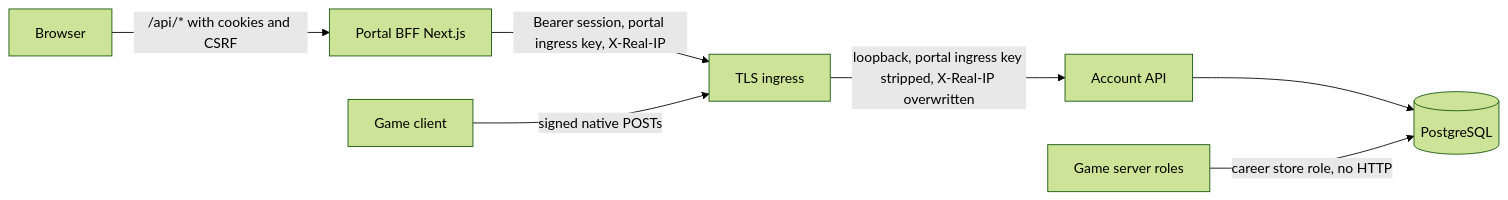
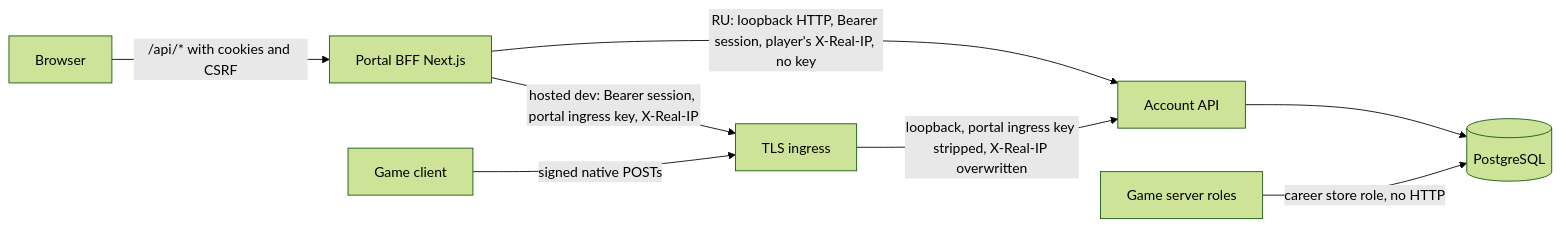
Before and after one commit to o-moba/omoba-bevy: the third of 3 diagrams in docs/architecture/protocols.md, drawn with Mermaid (forest theme). The commit also changed other lines of this file and 16 other files, not shown here.

````diff
--- a/docs/architecture/protocols.md
+++ b/docs/architecture/protocols.md
@@ -335,9 +335,10 @@
 ```mermaid
 flowchart LR
     B[Browser] -->|"/api/* with cookies and CSRF"| P[Portal BFF Next.js]
-    P -->|"Bearer session, portal ingress key, X-Real-IP"| I[TLS ingress]
+    P -->|"hosted dev: Bearer session, portal ingress key, X-Real-IP"| I[TLS ingress]
+    P -->|"RU: loopback HTTP, Bearer session, player's X-Real-IP, no key"| A
     G[Game client] -->|"signed native POSTs"| I
     I -->|"loopback, portal ingress key stripped, X-Real-IP overwritten"| A[Account API]
     A --> DB[(PostgreSQL)]
     S[Game server roles] -->|"career store role, no HTTP"| DB
 ```
````
